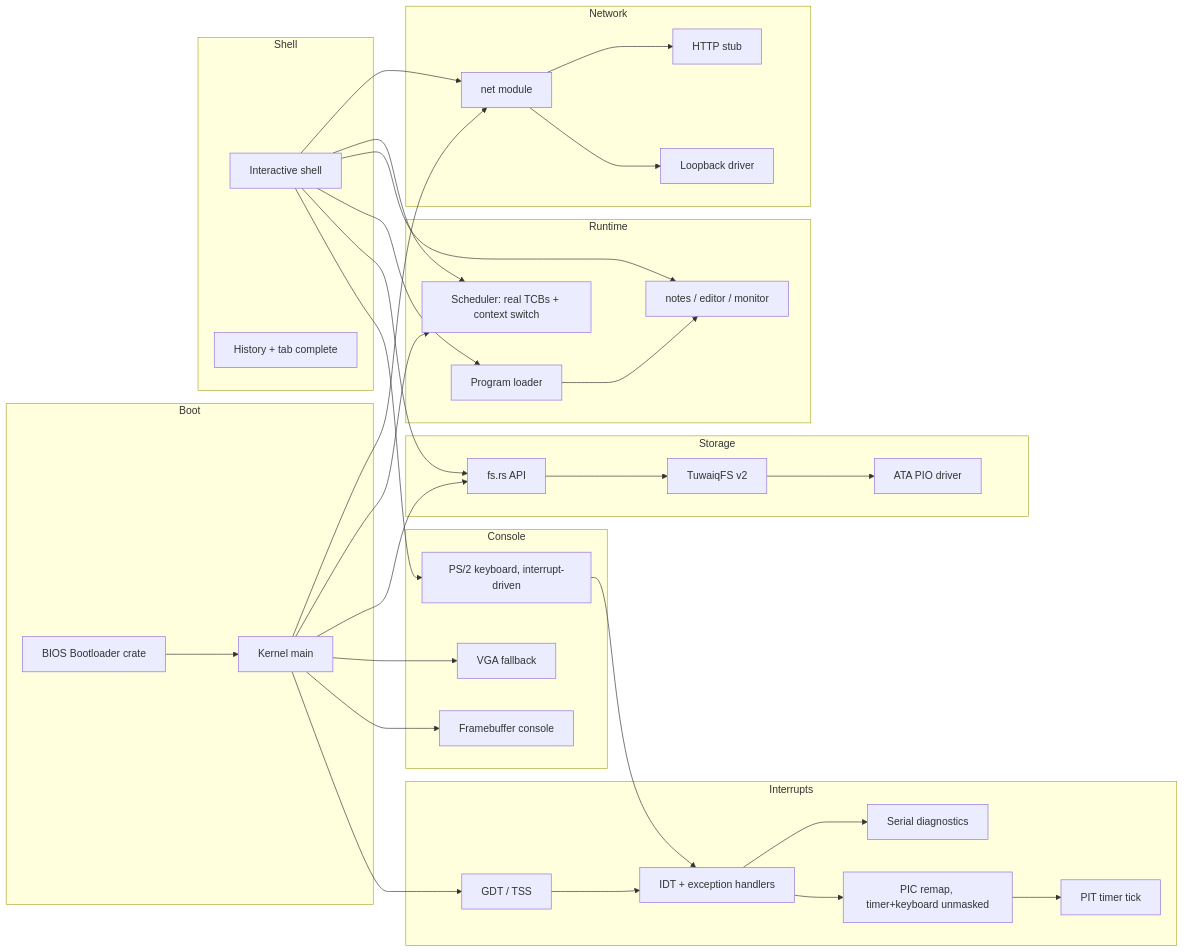
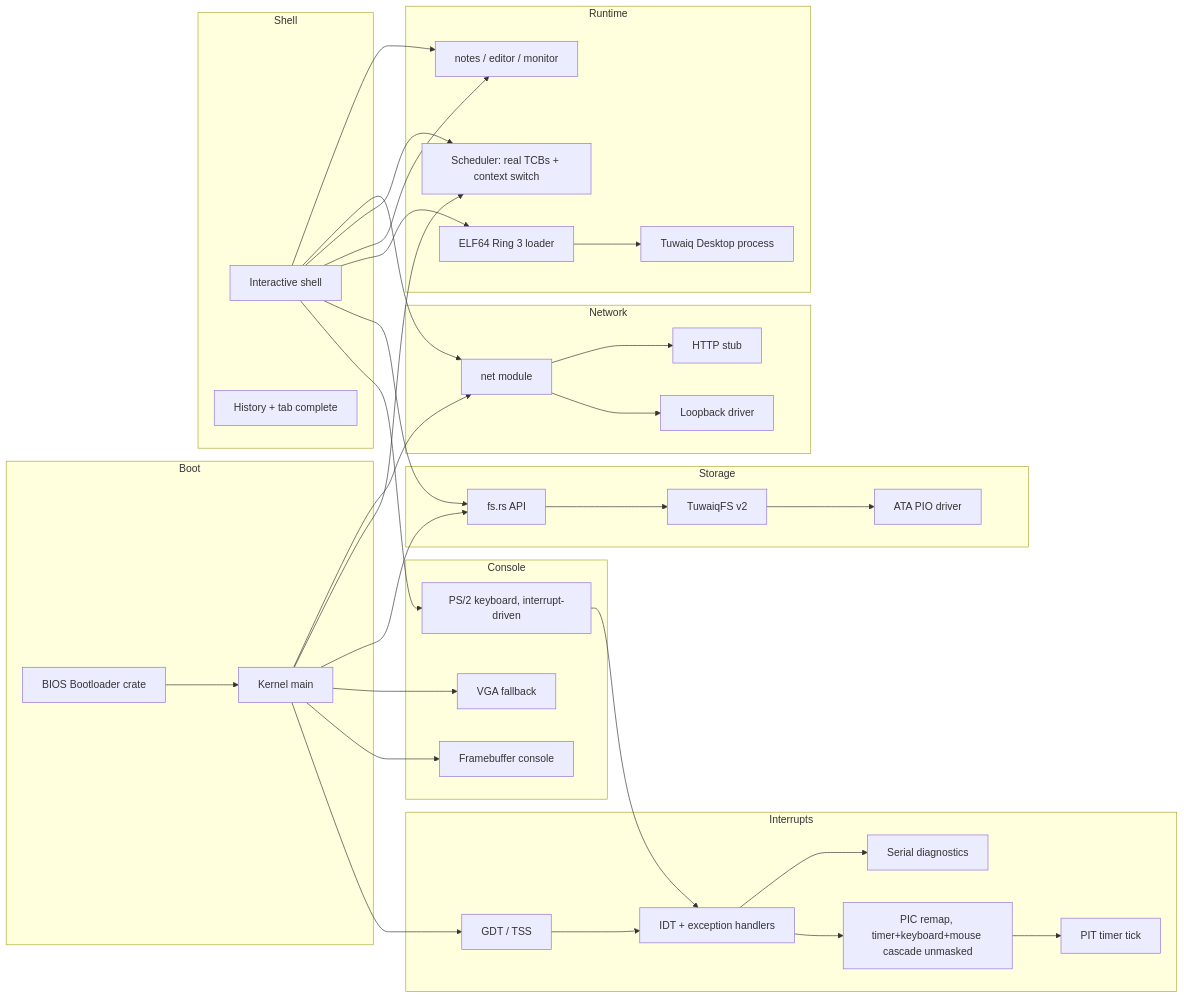
The diagram in ARCHITECTURE.md (ShahadAljohani/TuwaiqOS), drawn with Mermaid before and after one commit. The commit also changed other lines of this file and 31 other files, not shown here.

First line of the commit message:
Phase 5: Userland Runtime + First Real Graphical Desktop (#7)

````diff
--- a/ARCHITECTURE.md
+++ b/ARCHITECTURE.md
@@ -7,57 +10,58 @@
 ```mermaid
 flowchart LR
     subgraph Boot
         B[BIOS Bootloader crate]
         K[Kernel main]
     end
     subgraph Interrupts
         GDT[GDT / TSS]
         IDT[IDT + exception handlers]
-        PIC[PIC remap, timer+keyboard unmasked]
+        PIC[PIC remap, timer+keyboard+mouse cascade unmasked]
         PIT[PIT timer tick]
         SER[Serial diagnostics]
     end
     subgraph Console
         FB[Framebuffer console]
         VGA[VGA fallback]
         KB[PS/2 keyboard, interrupt-driven]
     end
     subgraph Shell
         SH[Interactive shell]
         HIST[History + tab complete]
     end
     subgraph Storage
         FS[fs.rs API]
         TQFS[TuwaiqFS v2]
         ATA[ATA PIO driver]
     end
     subgraph Runtime
         TASK[Scheduler: real TCBs + context switch]
-        LD[Program loader]
+        ELF[ELF64 Ring 3 loader]
+        DESK[Tuwaiq Desktop process]
         APPS[notes / editor / monitor]
     end
     subgraph Network
         NET[net module]
         LB[Loopback driver]
         HTTP[HTTP stub]
     end
     B --> K
     K --> GDT --> IDT --> PIC --> PIT
     IDT --> SER
     K --> FB
     K --> VGA
     K --> FS
     K --> TASK
     K --> NET
     KB --> IDT
     SH --> KB
     SH --> FS
-    SH --> LD
+    SH --> ELF --> DESK
     SH --> APPS
     SH --> TASK
     SH --> NET
     FS --> TQFS --> ATA
-    LD --> APPS
+    SH --> APPS
     NET --> LB
     NET --> HTTP
 ```
````
